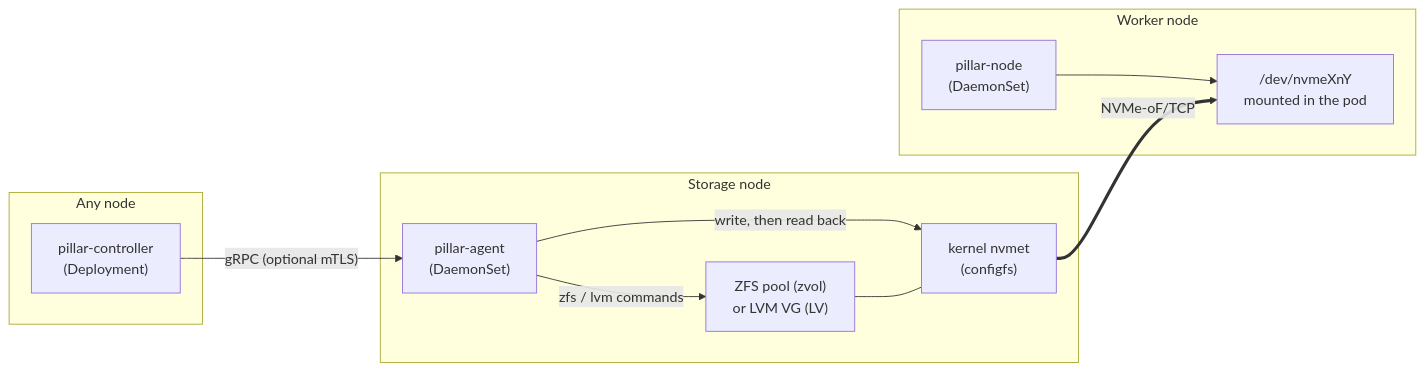
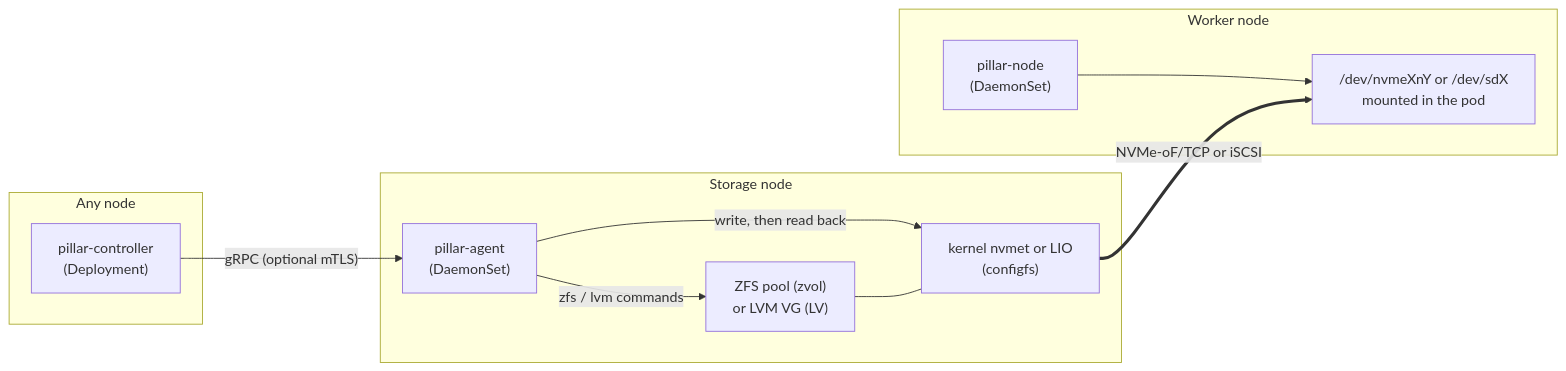
One commit to isac322/pillar-csi changed the diagram in README.md. Above: the diagram before and after it, drawn with Mermaid. The commit also changed other lines of this file and 149 other files, not shown here.

````diff
--- a/README.md
+++ b/README.md
@@ -76,21 +78,21 @@
 ```mermaid
 flowchart LR
   subgraph storage["Storage node"]
     pool["ZFS pool (zvol)<br/>or LVM VG (LV)"]
     agent["pillar-agent<br/>(DaemonSet)"]
-    nvmet["kernel nvmet<br/>(configfs)"]
+    nvmet["kernel nvmet or LIO<br/>(configfs)"]
     agent -- "zfs / lvm commands" --> pool
     agent -- "write, then read back" --> nvmet
     pool --- nvmet
   end
   subgraph control["Any node"]
     ctrl["pillar-controller<br/>(Deployment)"]
   end
   subgraph worker["Worker node"]
     node["pillar-node<br/>(DaemonSet)"]
-    dev["/dev/nvmeXnY<br/>mounted in the pod"]
+    dev["/dev/nvmeXnY or /dev/sdX<br/>mounted in the pod"]
     node --> dev
   end
   ctrl -- "gRPC (optional mTLS)" --> agent
-  nvmet == "NVMe-oF/TCP" ==> dev
+  nvmet == "NVMe-oF/TCP or iSCSI" ==> dev
 ```
````
